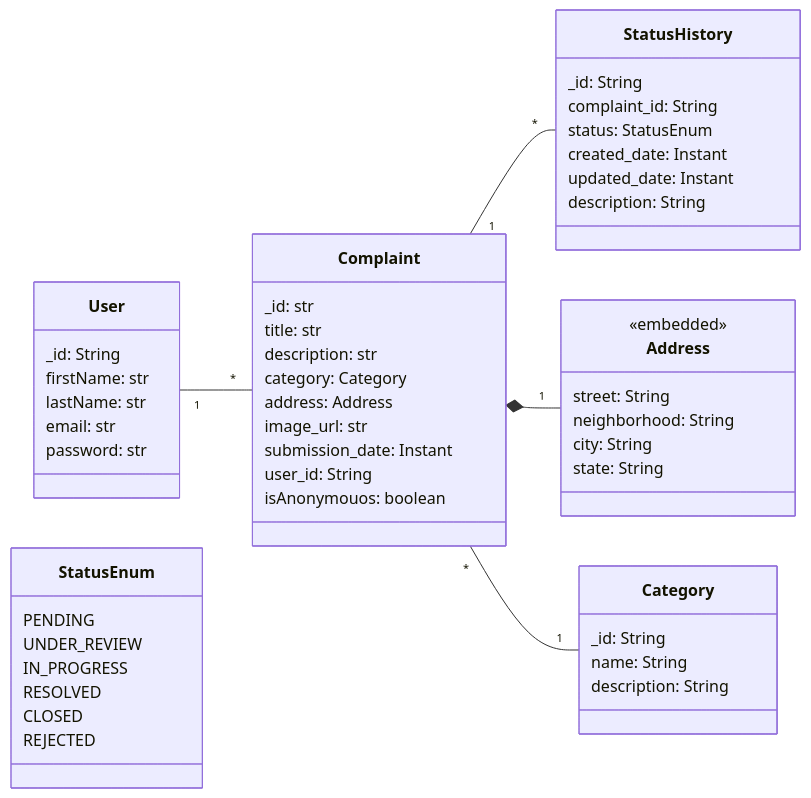
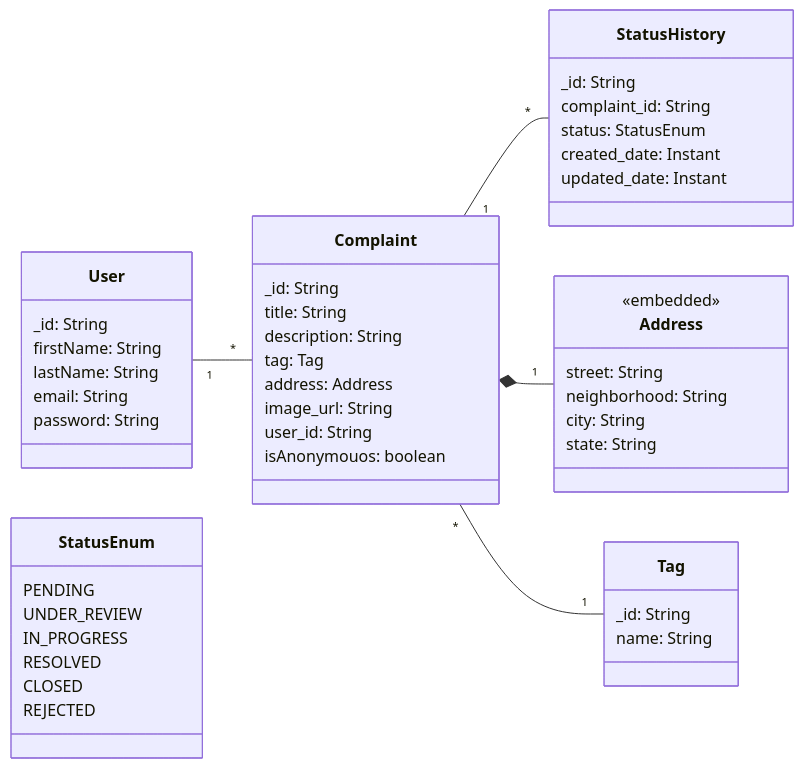
Before and after one commit to rubensrabelo/api_den-ncias_sociais_java: the diagram in README.md, drawn with Mermaid. The commit also changed 1 other file, not shown here.

Commit message:
Creating Tag model

````diff
--- a/README.md
+++ b/README.md
@@ -3,61 +3,58 @@
 ``` mermaid
 classDiagram
   direction LR
   class User {
     _id: String
-    firstName: str
-    lastName: str
-    email: str
-    password: str
+    firstName: String
+    lastName: String
+    email: String
+    password: String
   }
 
   class Address {
     <<embedded>>
     street: String
     neighborhood: String
     city: String
     state: String
   }
   
   class Complaint {
-    _id: str
-    title: str
-    description: str
-    category: Category
+    _id: String
+    title: String
+    description: String
+    tag: Tag
     address: Address
-    image_url: str
-    submission_date: Instant
+    image_url: String
     user_id: String
     isAnonymouos: boolean
   }
 
   class StatusEnum {
     PENDING
     UNDER_REVIEW
     IN_PROGRESS
     RESOLVED
     CLOSED
     REJECTED
   }
   
   class StatusHistory {
     _id: String
     complaint_id: String
     status: StatusEnum
     created_date: Instant
     updated_date: Instant
-    description: String
   }
 
-  class Category {
+  class Tag {
     _id: String
     name: String
-    description: String
   }
 
   User "1"-- "*" Complaint
   Complaint "1"-- "*" StatusHistory
   Complaint *-- "1" Address
-  Complaint "*"-- "1" Category
+  Complaint "*"-- "1" Tag
 
 ```
````
